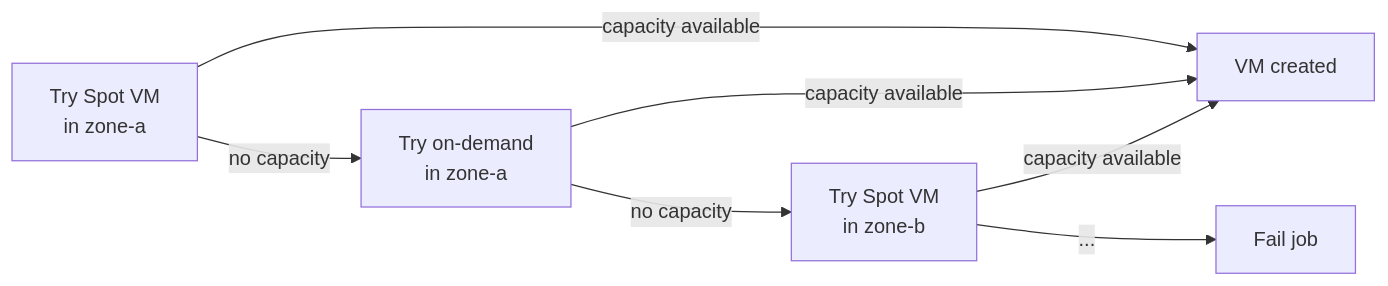
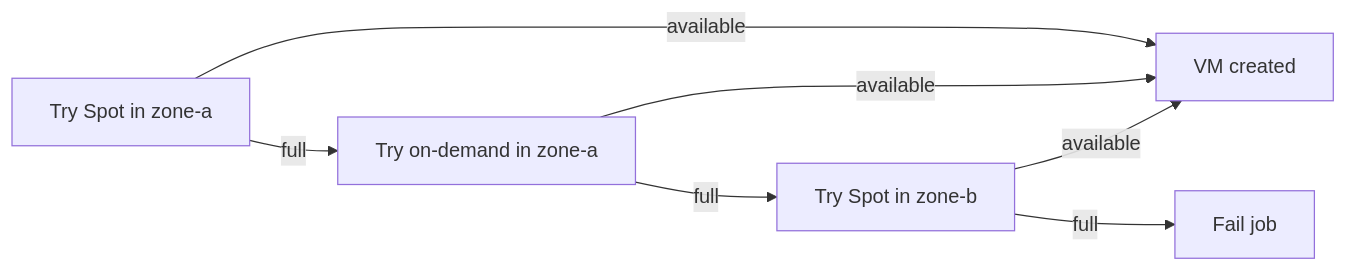
The fifth of 5 diagrams in website/content/docs/architecture.md (CamdenClark/gcrunner), drawn with Mermaid before and after one commit. The commit also changed other lines of this file, not shown here.

Commit message:
Fix mermaid diagrams: remove \n, simplify labels

````diff
--- a/website/content/docs/architecture.md
+++ b/website/content/docs/architecture.md
@@ -159,9 +156,9 @@
 ```mermaid
 flowchart LR
-    A[Try Spot VM\nin zone-a] -- capacity available --> Z[VM created]
-    A -- no capacity --> B[Try on-demand\nin zone-a]
-    B -- capacity available --> Z
-    B -- no capacity --> C[Try Spot VM\nin zone-b]
-    C -- capacity available --> Z
-    C -- ... --> D[Fail job]
+    A[Try Spot in zone-a] -- available --> Z[VM created]
+    A -- full --> B[Try on-demand in zone-a]
+    B -- available --> Z
+    B -- full --> C[Try Spot in zone-b]
+    C -- available --> Z
+    C -- full --> D[Fail job]
 ```
````
